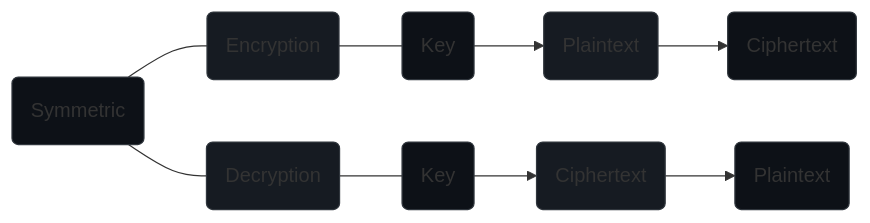
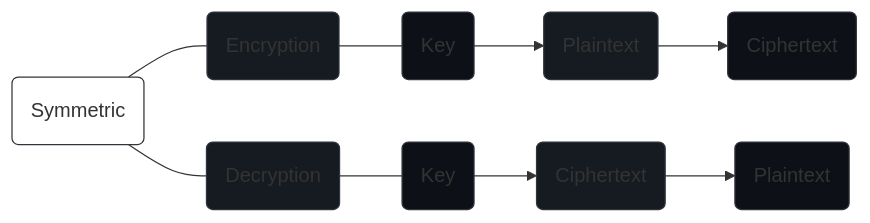
The diagram in .github/Readme.md (rylan-justice/rca), drawn with Mermaid before and after one commit. The commit also changed other lines of this file, not shown here.

````diff
--- a/.github/Readme.md
+++ b/.github/Readme.md
@@ -8,12 +8,12 @@
 ```mermaid
 graph LR;1(Symmetric)---2(Encryption)---3(Key)-->4(Plaintext)-->5(Ciphertext);1(Symmetric)---6(Decryption)---7(Key)-->8(Ciphertext)-->9(Plaintext)
-style 1 fill:#0d1117,stroke:#30363d
+style 1 fill:#00000000,stroke:#30363d
 style 2 fill:#161b22,stroke:#30363d
 style 3 fill:#0d1117,stroke:#30363d
 style 4 fill:#161b22,stroke:#30363d
 style 5 fill:#0d1117,stroke:#30363d
 style 6 fill:#161b22,stroke:#30363d
 style 7 fill:#0d1117,stroke:#30363d
 style 8 fill:#161b22,stroke:#30363d
 style 9 fill:#0d1117,stroke:#30363d
 ```
````
